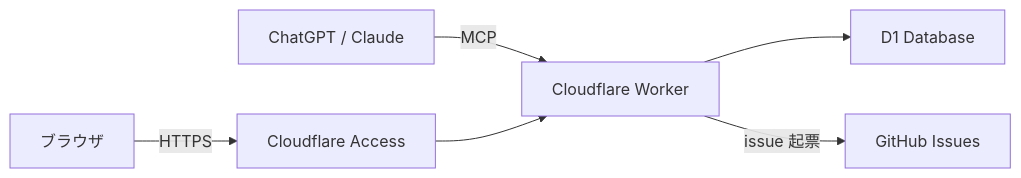
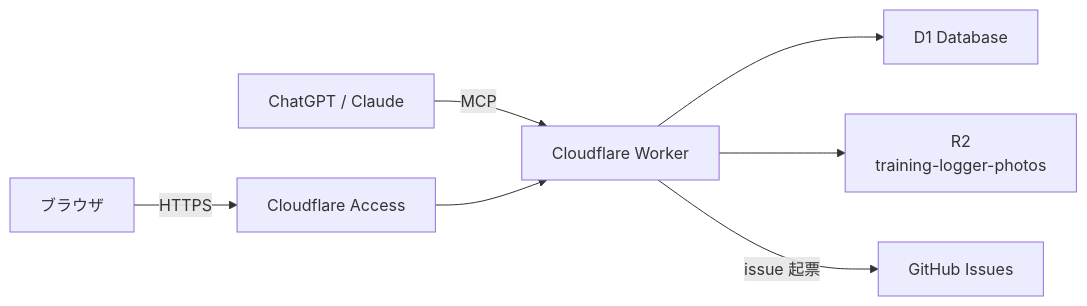
Before and after one commit to japan4415/training-logger: the diagram in README.md, drawn with Mermaid. The commit also changed other lines of this file and 37 other files, not shown here.

````diff
--- a/README.md
+++ b/README.md
@@ -19,8 +20,9 @@
 ```mermaid
 graph LR
     A["ChatGPT / Claude"] -->|MCP| B["Cloudflare Worker"]
     C["ブラウザ"] -->|HTTPS| D["Cloudflare Access"]
     D --> B
     B --> E["D1 Database"]
+    B --> G["R2<br/>training-logger-photos"]
     B -->|issue 起票| F["GitHub Issues"]
 ```
````
